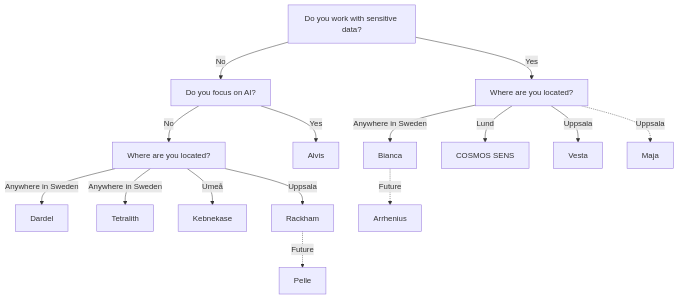
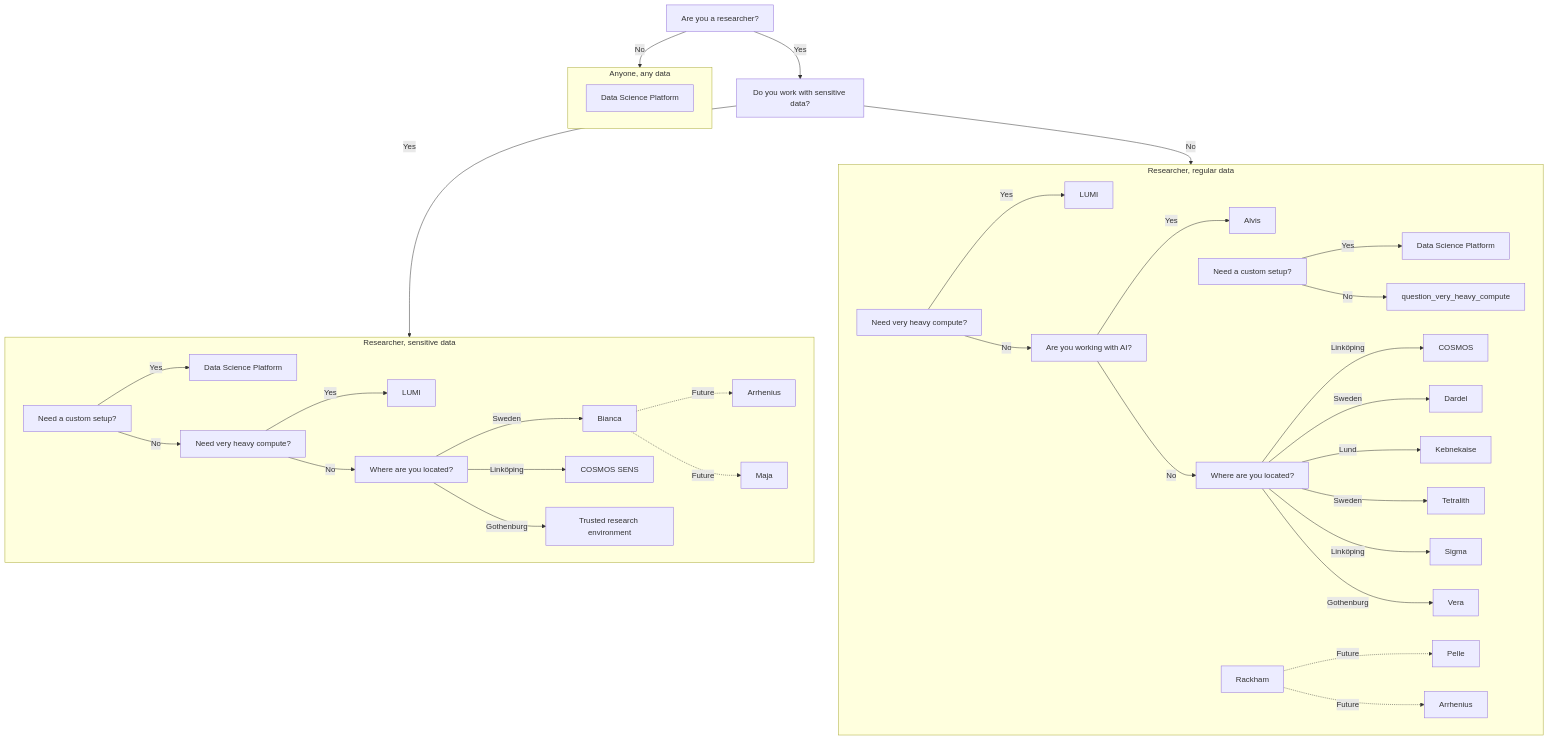
One commit to NBISweden/SCoRe_user_doc changed the diagram in docs/compute_1.md. Above: the diagram before and after it, drawn with Mermaid.

Commit message:
Add decision tree

````diff
--- a/docs/compute_1.md
+++ b/docs/compute_1.md
@@ -15,37 +15,82 @@
 ```mermaid
 flowchart TD
-  sensitive_data[Do you work with sensitive data?]
-  compute_ai[Do you focus on AI?]
 
-  sens_compute_location[Where are you located?]
-  compute_location[Where are you located?]
+  subgraph researcher_on_sensitive_data[Researcher, sensitive data]
+    arrhenius_rs[Arrhenius]
+    bianca[Bianca]
+    cosmos_sens[COSMOS SENS]    
+    data_science_platform_rs[Data Science Platform]
+    lumi_rs[LUMI]
+    maja[Maja]
+    trusted_research_environment_rs[Trusted research environment]
 
-  alvis[Alvis]
-  arrhenius[Arrhenius]
-  bianca[Bianca]
-  cosmos_sens[COSMOS SENS]
-  dardel[Dardel]
-  maja[Maja]
-  rackham[Rackham]
-  pelle[Pelle]
-  tetralith[Tetralith]
-  vesta[Vesta]
+    question_custom_rs[Need a custom setup?]
+    question_custom_rs --> |Yes| data_science_platform_rs
+    question_custom_rs --> |No| question_very_heavy_compute_rs
 
-  sensitive_data --> |No| compute_ai
-  sensitive_data --> |Yes| sens_compute_location
+    question_very_heavy_compute_rs[Need very heavy compute?]
+    question_very_heavy_compute_rs --> |Yes| lumi_rs
+    question_very_heavy_compute_rs --> |No| question_where_rs
 
-  compute_ai --> |No| compute_location
-  compute_ai --> |Yes| alvis
+    question_where_rs[Where are you located?]
+    question_where_rs --> |Sweden| bianca
+    question_where_rs --> |Linköping| cosmos_sens
+    question_where_rs --> |Gothenburg| trusted_research_environment_rs
 
-  compute_location --> |Anywhere in Sweden| dardel
-  compute_location --> |Anywhere in Sweden| tetralith
-  compute_location --> |Umeå| Kebnekase
-  compute_location --> |Uppsala| rackham
-  rackham -.-> |Future| pelle
+    bianca -.-> |Future| maja
+    bianca -.-> |Future| arrhenius_rs
 
-  sens_compute_location --> |Anywhere in Sweden| bianca
-  sens_compute_location --> |Lund| cosmos_sens
-  sens_compute_location --> |Uppsala| vesta
-  sens_compute_location -.-> |Uppsala| maja
-  bianca -.-> |Future| arrhenius
+  end
+
+  subgraph researcher_on_regular_data[Researcher, regular data]
+    alvis[Alvis]
+    arrhenius_rr[Arrhenius]
+    cosmos[COSMOS]
+    dardel[Dardel]
+    data_science_platform_rr[Data Science Platform]
+    kebnekaise[Kebnekaise]
+    lumi[LUMI]
+    pelle[Pelle]
+    rackham[Rackham]
+    sigma[Sigma]
+    tetralith[Tetralith]
+    vera[Vera]
+
+    question_custom_rr[Need a custom setup?]
+    question_custom_rr --> |Yes| data_science_platform_rr
+    question_custom_rr --> |No| question_very_heavy_compute
+
+    question_very_heavy_compute_rr[Need very heavy compute?]
+    question_very_heavy_compute_rr --> |Yes| lumi
+    question_very_heavy_compute_rr --> |No| question_ai
+
+    question_ai[Are you working with AI?]
+    question_ai --> |Yes| alvis
+    question_ai --> |No| question_where_rr
+
+    question_where_rr[Where are you located?]
+    question_where_rr --> |Linköping| cosmos
+    question_where_rr --> |Sweden| dardel
+    question_where_rr --> |Lund| kebnekaise
+    question_where_rr --> |Sweden| tetralith
+    question_where_rr --> |Linköping| sigma
+    question_where_rr --> |Gothenburg| vera
+
+    rackham -.-> |Future| pelle
+    rackham -.-> |Future| arrhenius_rr
+
+  end
+  
+  subgraph anyone_on_any_data[Anyone, any data]
+    aa_data_science_platform[Data Science Platform]
+  end
+
+  job_question[Are you a researcher?]
+
+  job_question --> |No| anyone_on_any_data
+  job_question --> |Yes| sensitivity_question
+
+  sensitivity_question[Do you work with sensitive data?]
+  sensitivity_question --> |Yes| researcher_on_sensitive_data
+  sensitivity_question --> |No| researcher_on_regular_data
 ```
````
